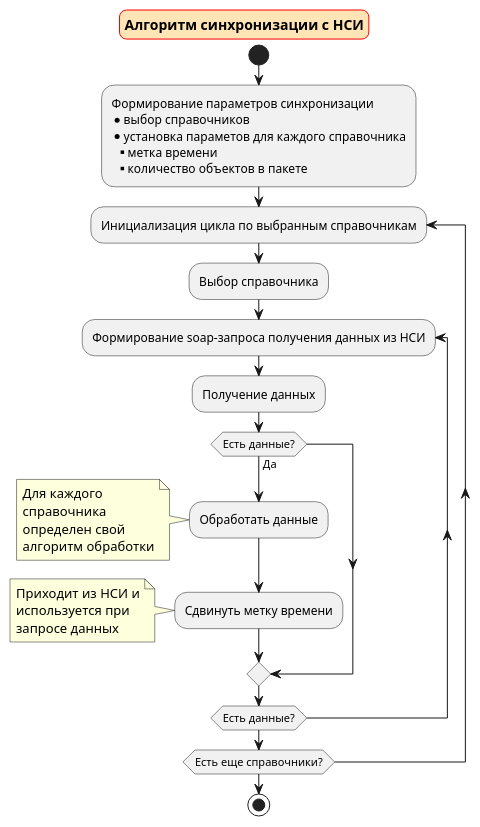
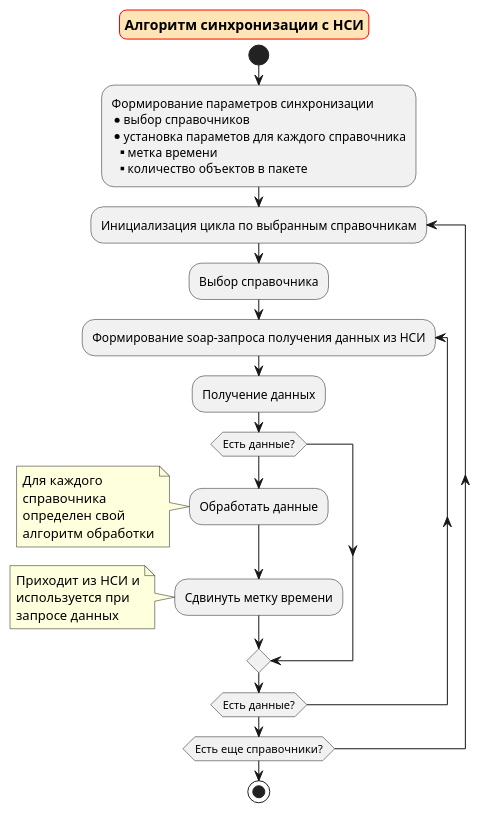
The diagram in diagram_src/nsi_algorithm.puml (kuznetsoviv/krista-attestation), drawn with PlantUML before and after one commit. The commit also changed 2 other files, not shown here.

```diff
--- a/diagram_src/nsi_algorithm.puml
+++ b/diagram_src/nsi_algorithm.puml
@@ -1,34 +1,34 @@
 @startuml
 start
 skinparam titleBorderRoundCorner 14
 skinparam titleBorderColor red
 skinparam titleBackgroundColor Moccasin
 title **Алгоритм синхронизации с НСИ**
 :Формирование параметров синхронизации
 * выбор справочников
 * установка параметов для каждого справочника
 **  метка времени
 **  количество объектов в пакете;
 repeat :Инициализация цикла по выбранным справочникам
 :Выбор справочника;
 repeat :Формирование soap-запроса получения данных из НСИ 
 :Получение данных;
-if (Есть данные?) then (Да)
+if (Есть данные?) then
   :Обработать данные;
 note left
 Для каждого 
 справочника 
 определен свой 
 алгоритм обработки
 end note
-  :Сдвинуть метку времени;
+  :Сдвинуть метку времени; 
 note left
 Приходит из НСИ и
 используется при 
 запросе данных
 end note
 endif
   repeat while (Есть данные?)
 repeat while (Есть еще справочники?)
 stop
 @enduml
```
